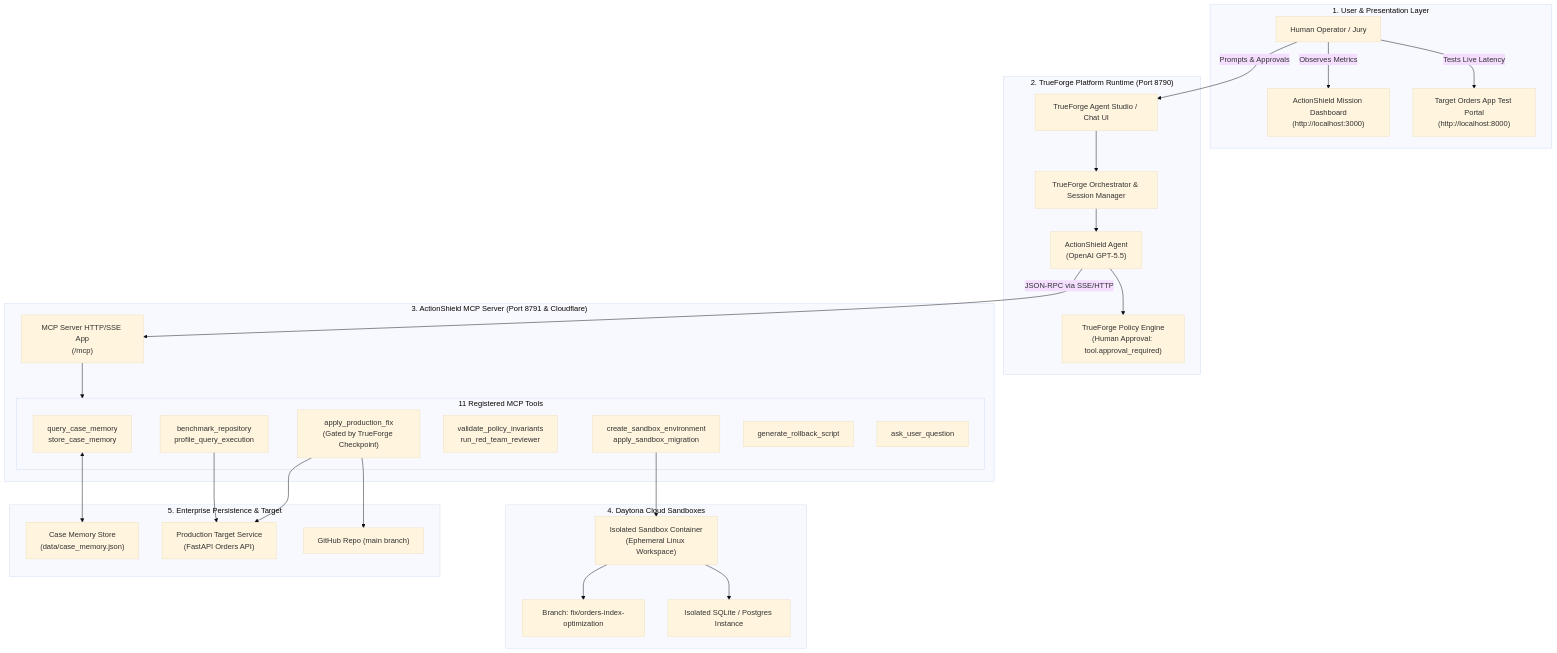
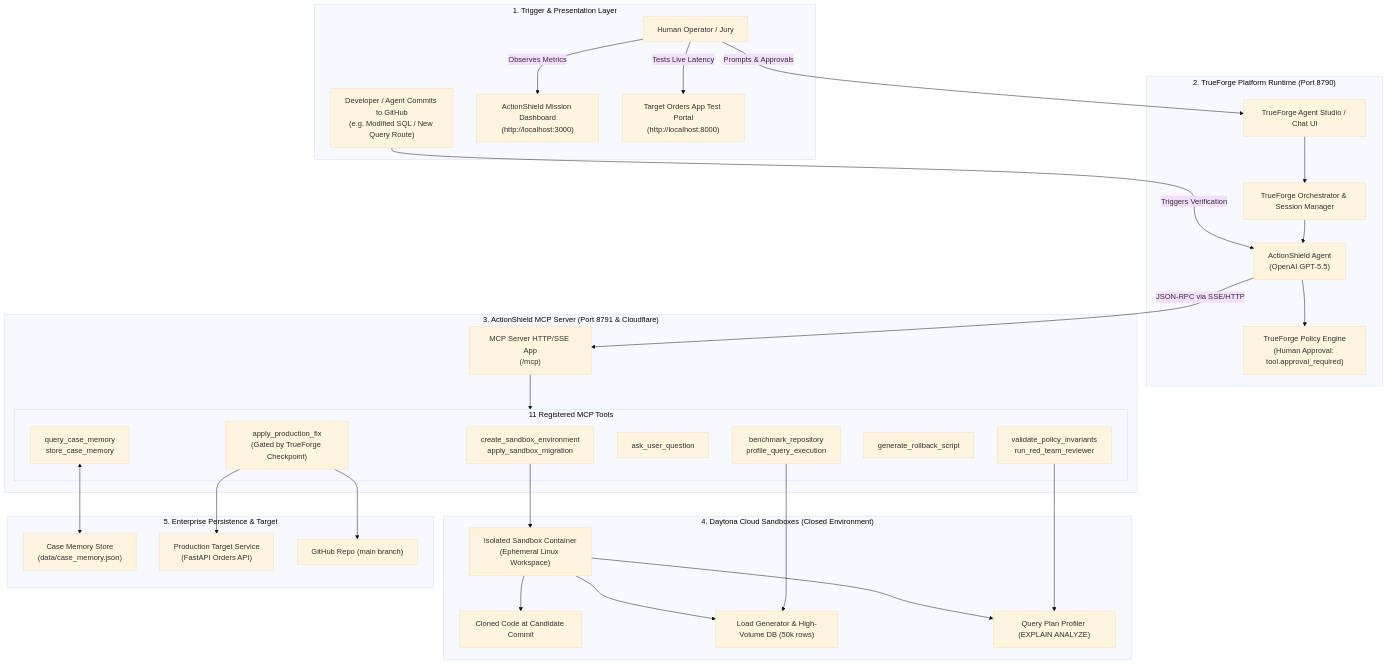
One commit to rajnishkumar13500/TrueFoundry changed the first of 5 diagrams in diagram.md. Above: the diagram before and after it, drawn with Mermaid (base theme). The commit also changed other lines of this file and 1 other file, not shown here.

Commit message:
docs: align diagrams and demo script with core moto: deep sandbox pre-flight commit testing & adaptive remediation

````diff
--- a/diagram.md
+++ b/diagram.md
@@ -9,58 +16,63 @@
 ```mermaid
 graph TB
-    subgraph ClientLayer["1. User & Presentation Layer"]
+    subgraph TriggerLayer["1. Trigger & Presentation Layer"]
+        DevCommit["Developer / Agent Commits to GitHub<br>(e.g. Modified SQL / New Query Route)"]
         User["Human Operator / Jury"]
         Dashboard["ActionShield Mission Dashboard<br>(http://localhost:3000)"]
         TargetAppUI["Target Orders App Test Portal<br>(http://localhost:8000)"]
     end
 
     subgraph TrueForgeLayer["2. TrueForge Platform Runtime (Port 8790)"]
         TFStudio["TrueForge Agent Studio / Chat UI"]
         TFOrchestrator["TrueForge Orchestrator & Session Manager"]
         TFPolicyEngine["TrueForge Policy Engine<br>(Human Approval: tool.approval_required)"]
         TFAgent["ActionShield Agent<br>(OpenAI GPT-5.5)"]
     end
 
     subgraph MCPLayer["3. ActionShield MCP Server (Port 8791 & Cloudflare)"]
         MCPEndpoint["MCP Server HTTP/SSE App<br>(/mcp)"]
         subgraph ToolRegistry["11 Registered MCP Tools"]
+            T_Sand["create_sandbox_environment<br>apply_sandbox_migration"]
+            T_Bench["benchmark_repository<br>profile_query_execution"]
+            T_Policy["validate_policy_invariants<br>run_red_team_reviewer"]
+            T_User["ask_user_question"]
             T_Mem["query_case_memory<br>store_case_memory"]
-            T_Bench["benchmark_repository<br>profile_query_execution"]
-            T_Sand["create_sandbox_environment<br>apply_sandbox_migration"]
-            T_Policy["validate_policy_invariants<br>run_red_team_reviewer"]
+            T_Roll["generate_rollback_script"]
             T_Prod["apply_production_fix<br>(Gated by TrueForge Checkpoint)"]
-            T_Roll["generate_rollback_script"]
-            T_User["ask_user_question"]
         end
     end
 
-    subgraph Sandboxes["4. Daytona Cloud Sandboxes"]
+    subgraph Sandboxes["4. Daytona Cloud Sandboxes (Closed Environment)"]
         DaytonaWorkspace["Isolated Sandbox Container<br>(Ephemeral Linux Workspace)"]
-        GitBranch["Branch: fix/orders-index-optimization"]
-        SandboxDB["Isolated SQLite / Postgres Instance"]
+        TargetCode["Cloned Code at Candidate Commit"]
+        LoadGen["Load Generator & High-Volume DB (50k rows)"]
+        QueryProfiler["Query Plan Profiler (EXPLAIN ANALYZE)"]
     end
 
     subgraph Persistence["5. Enterprise Persistence & Target"]
         CaseMemoryDB["Case Memory Store<br>(data/case_memory.json)"]
         TargetApp["Production Target Service<br>(FastAPI Orders API)"]
         GitRepo["GitHub Repo (main branch)"]
     end
 
+    DevCommit -->|Triggers Verification| TFAgent
     User -->|Prompts & Approvals| TFStudio
     User -->|Observes Metrics| Dashboard
     User -->|Tests Live Latency| TargetAppUI
 
     TFStudio --> TFOrchestrator
     TFOrchestrator --> TFAgent
     TFAgent --> TFPolicyEngine
     TFAgent -->|JSON-RPC via SSE/HTTP| MCPEndpoint
 
     MCPEndpoint --> ToolRegistry
+    T_Sand --> DaytonaWorkspace
+    DaytonaWorkspace --> TargetCode
+    DaytonaWorkspace --> LoadGen
+    DaytonaWorkspace --> QueryProfiler
+    T_Bench --> LoadGen
+    T_Policy --> QueryProfiler
     T_Mem <--> CaseMemoryDB
-    T_Bench --> TargetApp
-    T_Sand --> DaytonaWorkspace
-    DaytonaWorkspace --> GitBranch
-    DaytonaWorkspace --> SandboxDB
     T_Prod --> GitRepo
     T_Prod --> TargetApp
 ```
````
